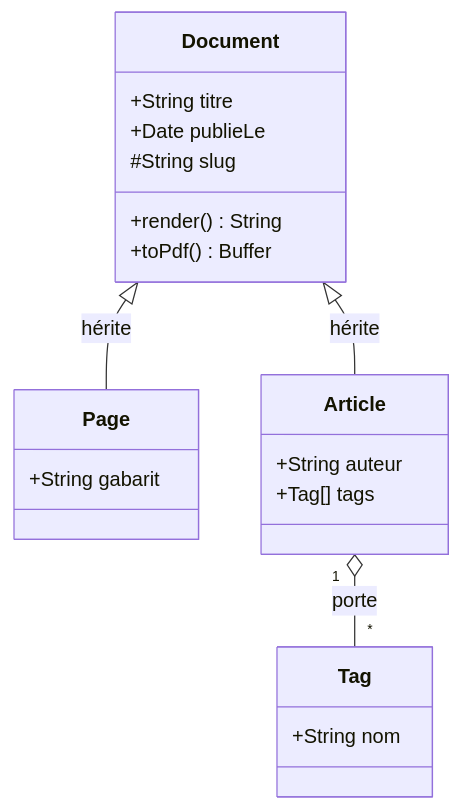
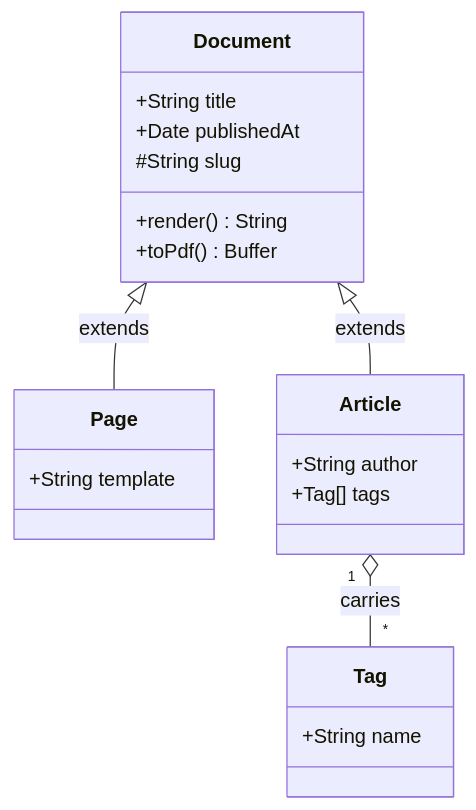
One commit to InnovateIt-ak/docusaurus changed the sixth of 25 diagrams in docs/mermaid-diagrams.mdx. Above: the diagram before and after it, drawn with Mermaid. The commit also changed other lines of this file, not shown here.

First line of the commit message:
Translate the Mermaid reference page to English

````diff
--- a/docs/mermaid-diagrams.mdx
+++ b/docs/mermaid-diagrams.mdx
@@ -238,27 +236,27 @@
 ```mermaid
 classDiagram
     class Document {
-        +String titre
-        +Date publieLe
+        +String title
+        +Date publishedAt
         #String slug
         +render() String
         +toPdf() Buffer
     }
 
     class Page {
-        +String gabarit
+        +String template
     }
 
     class Article {
-        +String auteur
+        +String author
         +Tag[] tags
     }
 
     class Tag {
-        +String nom
+        +String name
     }
 
-    Document <|-- Page : hérite
-    Document <|-- Article : hérite
-    Article "1" o-- "*" Tag : porte
+    Document <|-- Page : extends
+    Document <|-- Article : extends
+    Article "1" o-- "*" Tag : carries
 ```
````
